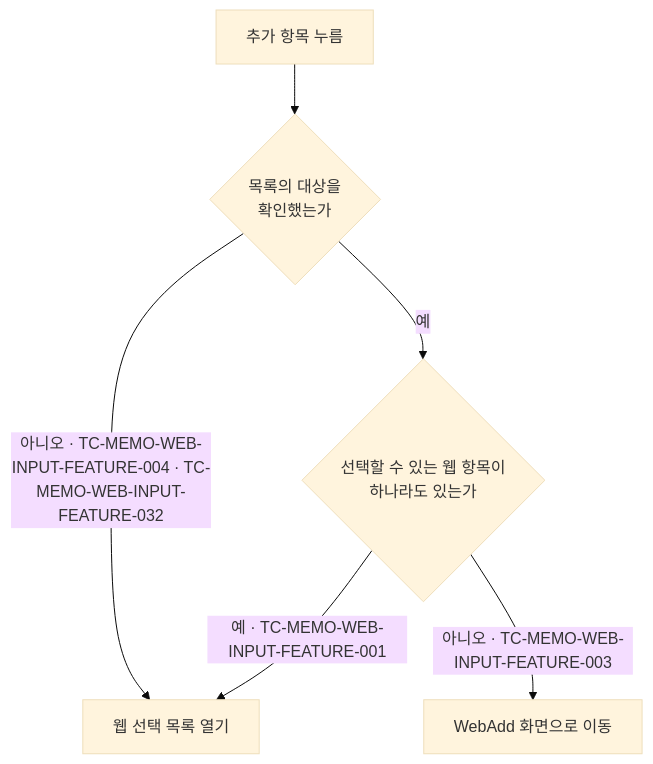
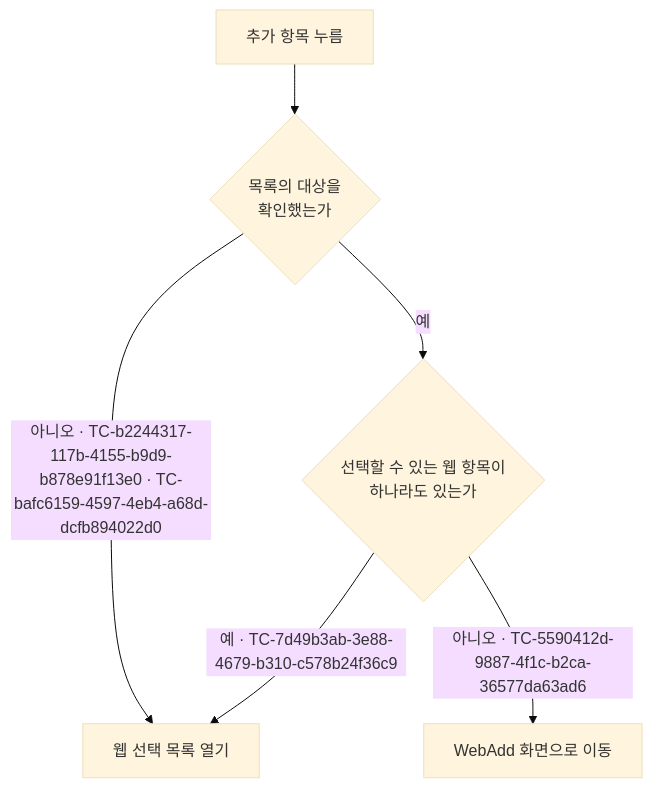
One commit to taetae98coding/DiaryKMP changed the diagram in docs/testcase/memo-web-input.md. Above: the diagram before and after it, drawn with Mermaid (base theme). The commit also changed other lines of this file and 1177 other files, not shown here.

````diff
--- a/docs/testcase/memo-web-input.md
+++ b/docs/testcase/memo-web-input.md
@@ -33,8 +33,8 @@
 ```mermaid
 flowchart TD
     Click["추가 항목 누름"] --> Ready{"목록의 대상을<br/>확인했는가"}
-    Ready -- "아니오 · TC-MEMO-WEB-INPUT-FEATURE-004 · TC-MEMO-WEB-INPUT-FEATURE-032" --> Open["웹 선택 목록 열기"]
+    Ready -- "아니오 · TC-b2244317-117b-4155-b9d9-b878e91f13e0 · TC-bafc6159-4597-4eb4-a68d-dcfb894022d0" --> Open["웹 선택 목록 열기"]
     Ready -- 예 --> Any{"선택할 수 있는 웹 항목이<br/>하나라도 있는가"}
-    Any -- "예 · TC-MEMO-WEB-INPUT-FEATURE-001" --> Open
-    Any -- "아니오 · TC-MEMO-WEB-INPUT-FEATURE-003" --> Move["WebAdd 화면으로 이동"]
+    Any -- "예 · TC-7d49b3ab-3e88-4679-b310-c578b24f36c9" --> Open
+    Any -- "아니오 · TC-5590412d-9887-4f1c-b2ca-36577da63ad6" --> Move["WebAdd 화면으로 이동"]
 ```
````
